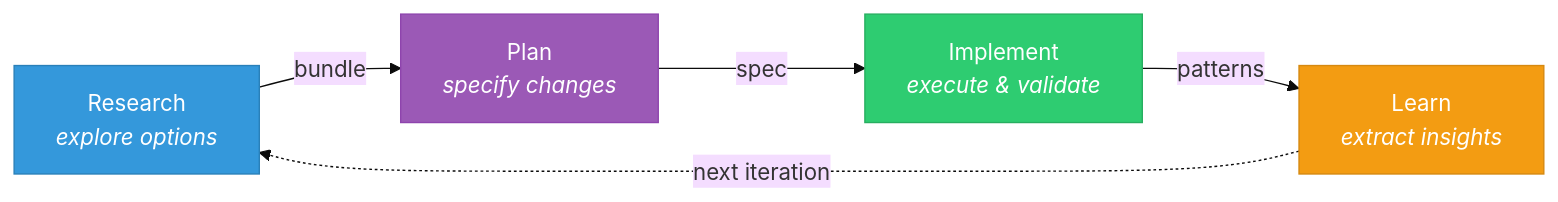
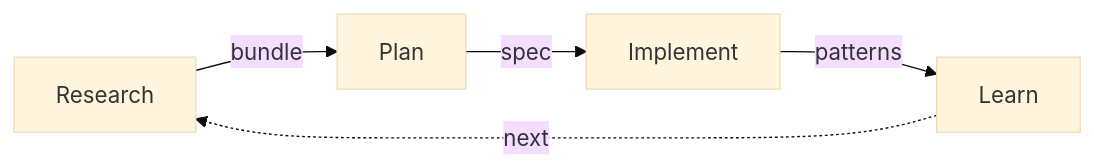
One commit to rev044/agentops changed the diagram in README.md. Above: the diagram before and after it, drawn with Mermaid (base theme). The commit also changed other lines of this file and 225 other files, not shown here.

````diff
--- a/README.md
+++ b/README.md
@@ -53,12 +25,7 @@
 ```mermaid
 graph LR
-    R["Research<br/><i>explore options</i>"] -->|bundle| P["Plan<br/><i>specify changes</i>"]
-    P -->|spec| I["Implement<br/><i>execute & validate</i>"]
-    I -->|patterns| L["Learn<br/><i>extract insights</i>"]
-    L -.->|next iteration| R
-
-    style R fill:#3498db,stroke:#2980b9,color:#fff
-    style P fill:#9b59b6,stroke:#8e44ad,color:#fff
-    style I fill:#2ecc71,stroke:#27ae60,color:#fff
-    style L fill:#f39c12,stroke:#d68910,color:#fff
+    R["Research"] -->|bundle| P["Plan"]
+    P -->|spec| I["Implement"]
+    I -->|patterns| L["Learn"]
+    L -.->|next| R
 ```
````
